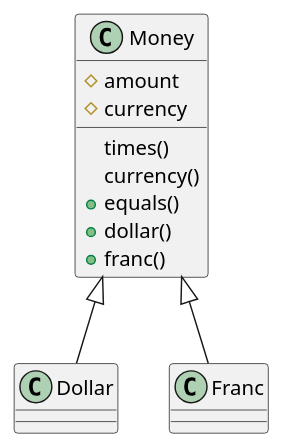
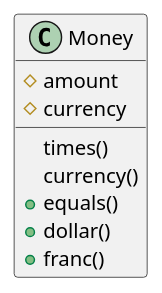
The diagram in docs/_tdd.md (k2works/etude_for_java), drawn with PlantUML before and after one commit. The commit also changed other lines of this file and 6 other files, not shown here.

````diff
--- a/docs/_tdd.md
+++ b/docs/_tdd.md
@@ -41,18 +41,12 @@
 ```puml
-class Dollar {
-}
-class Franc {
-}
 class Money {
   # amount
   # currency
   times()
   currency()
   + equals()
   + dollar()
   + franc()
 
 }
-Money <|-- Dollar
-Money <|-- Franc
 ```
````
